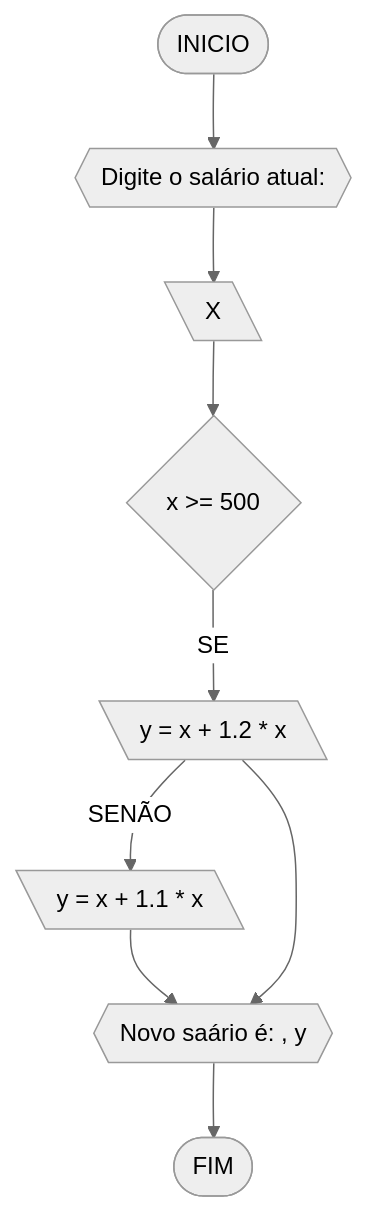
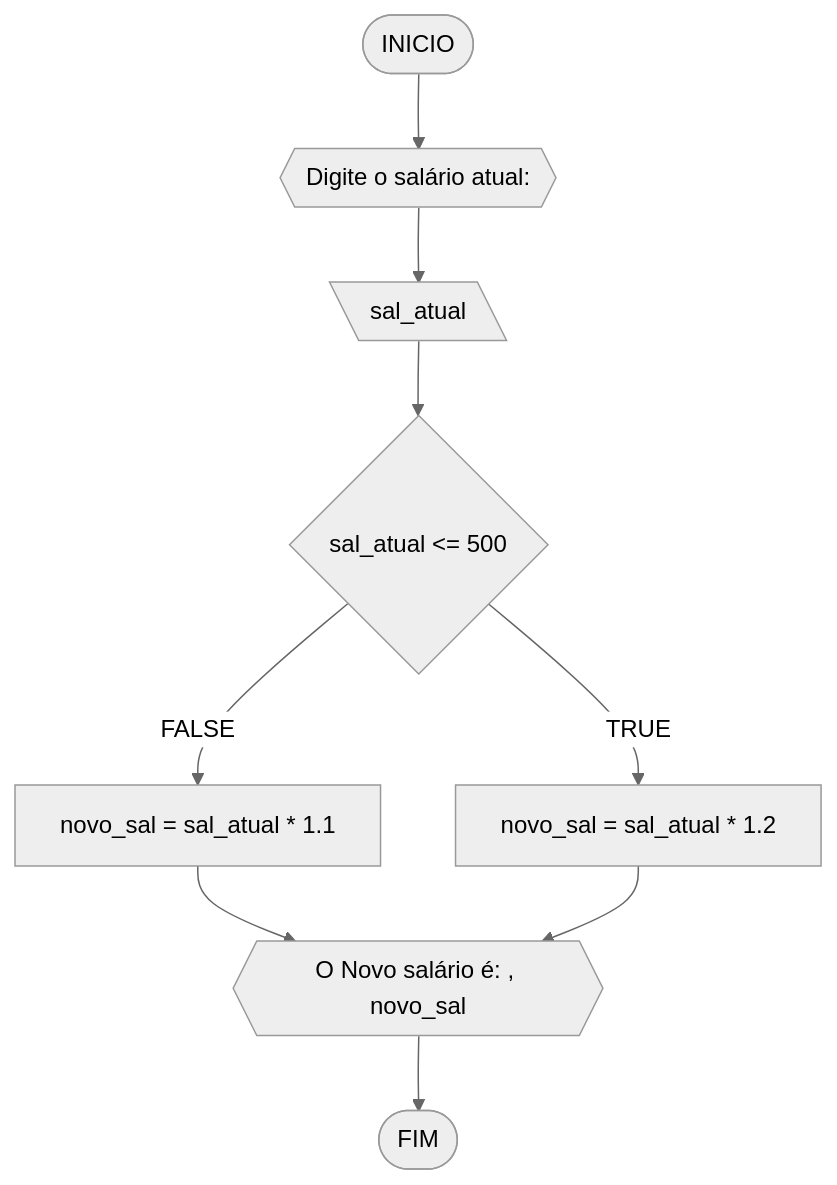
Before and after one commit to sdiogenes/unifor: the second of 4 diagrams in rra/Unidade1/teste1.md, drawn with Mermaid (neutral theme). The commit also changed other lines of this file, not shown here.

````diff
--- a/rra/Unidade1/teste1.md
+++ b/rra/Unidade1/teste1.md
@@ -62,12 +62,13 @@
 ```mermaid
 flowchart TD
 A([INICIO]) --> B{{"Digite o salário atual: "}}
-B --> C[\X\]
-C --> D{x >= 500}
-D --SE--> E[\y = x + 1.2 * x\]
-E --SENÃO--> G[\y = x + 1.1 * x\]
-G --> F{{"Novo saário é: ", y}}
-E --> F{{"Novo saário é: ", y}}
-F --> Z([FIM])
+B --> C[\sal_atual\]
+C --> D{sal_atual <= 500}
+D --FALSE--> E[novo_sal = sal_atual * 1.1]
+D --TRUE--> F[novo_sal = sal_atual * 1.2]
+E --> G{{"O Novo salário é: ", novo_sal}}
+F --> G
+G --> Z([FIM])
+
 
 ```
````
